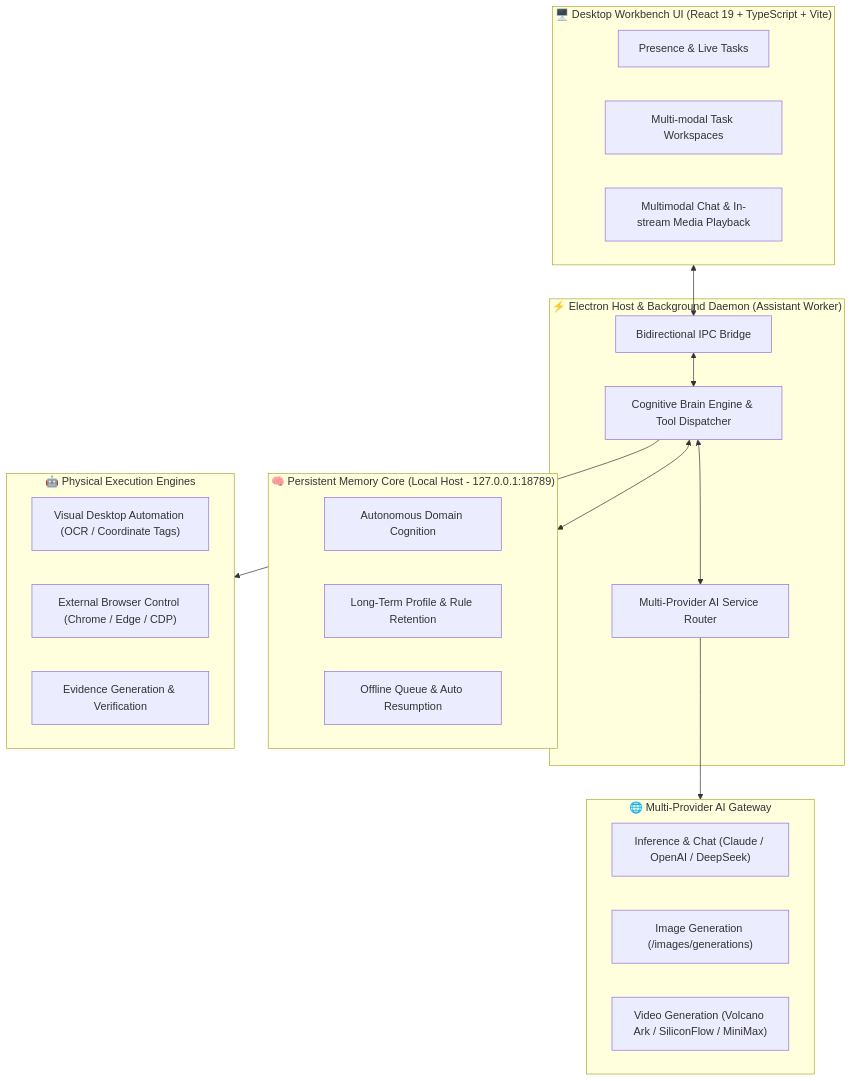
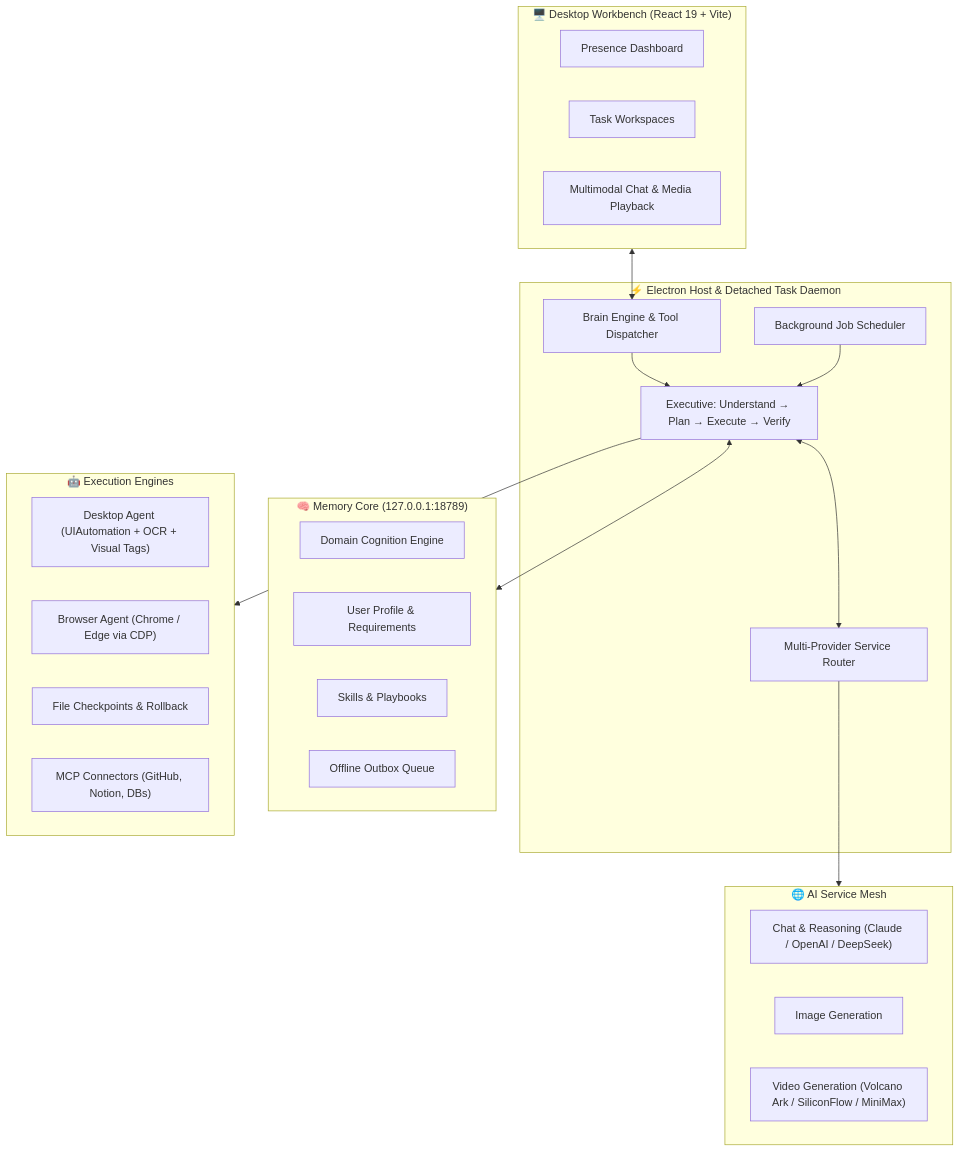
The fifth of 6 diagrams in README.md (VB-Blue/PISCES-bot), drawn with Mermaid before and after one commit. The commit also changed other lines of this file, not shown here.

````diff
--- a/README.md
+++ b/README.md
@@ -92,39 +285,43 @@
 ```mermaid
 flowchart TD
-    subgraph UI["🖥️ Desktop Workbench UI (React 19 + TypeScript + Vite)"]
-        Presence["Presence & Live Tasks"]
-        Workspaces["Multi-modal Task Workspaces"]
-        ChatMedia["Multimodal Chat & In-stream Media Playback"]
+    subgraph UI["🖥️ Desktop Workbench (React 19 + Vite)"]
+        Presence["Presence Dashboard"]
+        Workspaces["Task Workspaces"]
+        Chat["Multimodal Chat & Media Playback"]
     end
 
-    subgraph Host["⚡ Electron Host & Background Daemon (Assistant Worker)"]
-        IPC["Bidirectional IPC Bridge"]
-        Brain["Cognitive Brain Engine & Tool Dispatcher"]
-        Router["Multi-Provider AI Service Router"]
+    subgraph Daemon["⚡ Electron Host & Detached Task Daemon"]
+        Brain["Brain Engine & Tool Dispatcher"]
+        Executive["Executive: Understand → Plan → Execute → Verify"]
+        Router["Multi-Provider Service Router"]
+        Jobs["Background Job Scheduler"]
     end
 
-    subgraph Memory["🧠 Persistent Memory Core (Local Host - 127.0.0.1:18789)"]
-        Cognition["Autonomous Domain Cognition"]
-        Retention["Long-Term Profile & Rule Retention"]
-        Queue["Offline Queue & Auto Resumption"]
+    subgraph Core["🧠 Memory Core (127.0.0.1:18789)"]
+        DomainCog["Domain Cognition Engine"]
+        Profile["User Profile & Requirements"]
+        Skills["Skills & Playbooks"]
+        Outbox["Offline Outbox Queue"]
     end
 
-    subgraph AIServices["🌐 Multi-Provider AI Gateway"]
-        ChatLLM["Inference & Chat (Claude / OpenAI / DeepSeek)"]
-        ImageGen["Image Generation (/images/generations)"]
-        VideoGen["Video Generation (Volcano Ark / SiliconFlow / MiniMax)"]
+    subgraph Services["🌐 AI Service Mesh"]
+        LLMs["Chat & Reasoning (Claude / OpenAI / DeepSeek)"]
+        ImgGen["Image Generation"]
+        VidGen["Video Generation (Volcano Ark / SiliconFlow / MiniMax)"]
     end
 
-    subgraph Execution["🤖 Physical Execution Engines"]
-        DesktopAgent["Visual Desktop Automation (OCR / Coordinate Tags)"]
-        BrowserAgent["External Browser Control (Chrome / Edge / CDP)"]
-        FileArtifacts["Evidence Generation & Verification"]
+    subgraph Execution["🤖 Execution Engines"]
+        Desktop["Desktop Agent (UIAutomation + OCR + Visual Tags)"]
+        Browser["Browser Agent (Chrome / Edge via CDP)"]
+        Checkpoints["File Checkpoints & Rollback"]
+        MCP["MCP Connectors (GitHub, Notion, DBs)"]
     end
 
-    UI <--> IPC
-    IPC <--> Brain
-    Brain <--> Router
-    Brain <--> Memory
-    Router --> AIServices
-    Brain --> Execution
+    UI <--> Brain
+    Brain --> Executive
+    Executive <--> Router
+    Executive <--> Core
+    Router --> Services
+    Executive --> Execution
+    Jobs --> Executive
 ```
````
